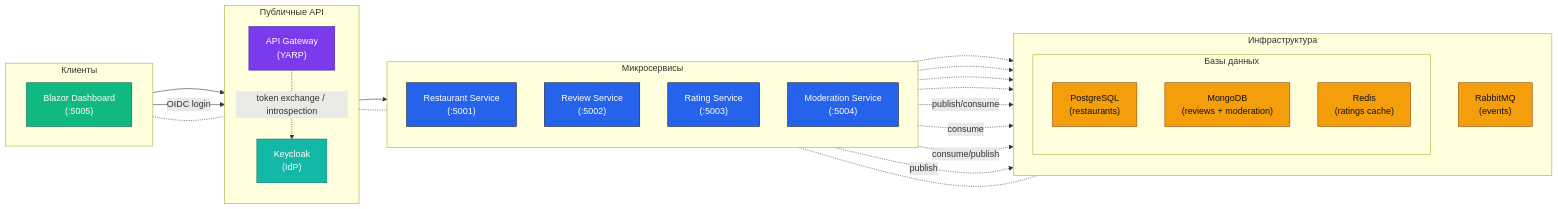
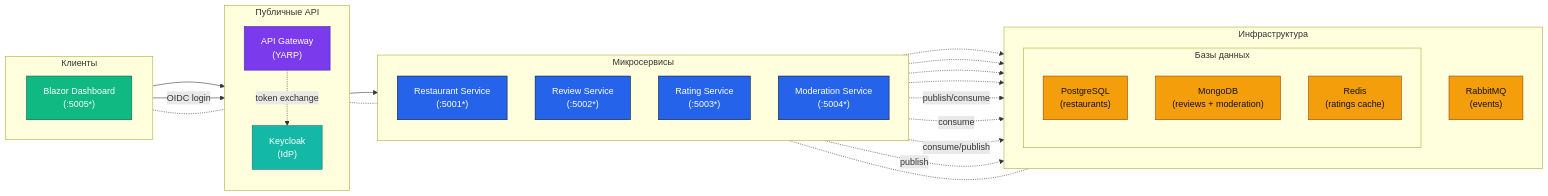
Before and after one commit to bagermoon/otuscode: the first of 4 diagrams in docs/diagrams.md, drawn with Mermaid. The commit also changed other lines of this file and 5 other files, not shown here.

````diff
--- a/docs/diagrams.md
+++ b/docs/diagrams.md
@@ -7,72 +7,72 @@
     ```mermaid
     flowchart LR
     %% Client Layer - Left
     subgraph ClientSide[Клиенты]
         direction LR
-        BZ["`Blazor Dashboard<br/>(:5005)`"]
+        BZ["`Blazor Dashboard<br/>(:5005*)`"]
     end
 
     %% PublicAPI Layer - Left-Center (public)
     subgraph PublicAPI[Публичные API]
         direction TB
         KC["`Keycloak<br/>(IdP)`"]
         GW["`API Gateway<br/>(YARP)`"]
         
     end
 
     %% Service Layer - Center-Right
     subgraph Services[Микросервисы]
         direction TB
-        RSVC["`Restaurant Service<br/>(:5001)`"]
-        RS["`Review Service<br/>(:5002)`"]
-        RT["`Rating Service<br/>(:5003)`"]
-        MS["`Moderation Service<br/>(:5004)`"]
+        RSVC["`Restaurant Service<br/>(:5001*)`"]
+        RS["`Review Service<br/>(:5002*)`"]
+        RT["`Rating Service<br/>(:5003*)`"]
+        MS["`Moderation Service<br/>(:5004*)`"]
     end
 
     %% Infrastructure Layer - Right
     subgraph Infra["`Инфраструктура`"]
         direction TB
         subgraph DBs[Базы данных]
             direction TB
             PG["`PostgreSQL<br/>(restaurants)`"]
             MG["`MongoDB<br/>(reviews + moderation)`"]
             RD["`Redis<br/>(ratings cache)`"]
         end
         MQ["`RabbitMQ<br/>(events)`"]
     end
 
     %% Horizontal main flow (left to right)
     ClientSide --> GW
     ClientSide -->|OIDC login| KC
-    GW -.->|token exchange / introspection| KC
+    GW -.->|token exchange| KC
     GW --> Services
     
     ClientSide -.- PublicAPI
     PublicAPI -.- Services
     Services -.- Infra
 
     %% Direct service-to-storage connections
     RSVC -.-> PG
     RS -.-> MG
     MS -.-> MG
     RT -.-> RD
 
     %% Event connections to message queue
     RS -.->|publish/consume| MQ
     RT -.->|consume| MQ
     MS -.->|consume/publish| MQ
     RSVC -.->|publish| MQ
 
     %% Styling
     classDef svc fill:#2563eb,stroke:#0f172a,color:#fff
     classDef store fill:#f59e0b,stroke:#92400e,color:#111
     classDef client fill:#10b981,stroke:#065f46,color:#fff
     classDef gateway fill:#7c3aed,stroke:#3730a3,color:#fff
     classDef idp fill:#14b8a6,stroke:#0f766e,color:#fff
     
     class RSVC,RS,RT,MS svc
     class PG,MG,RD,MQ store
     class BZ client
     class GW gateway
     class KC idp
     ```
````
